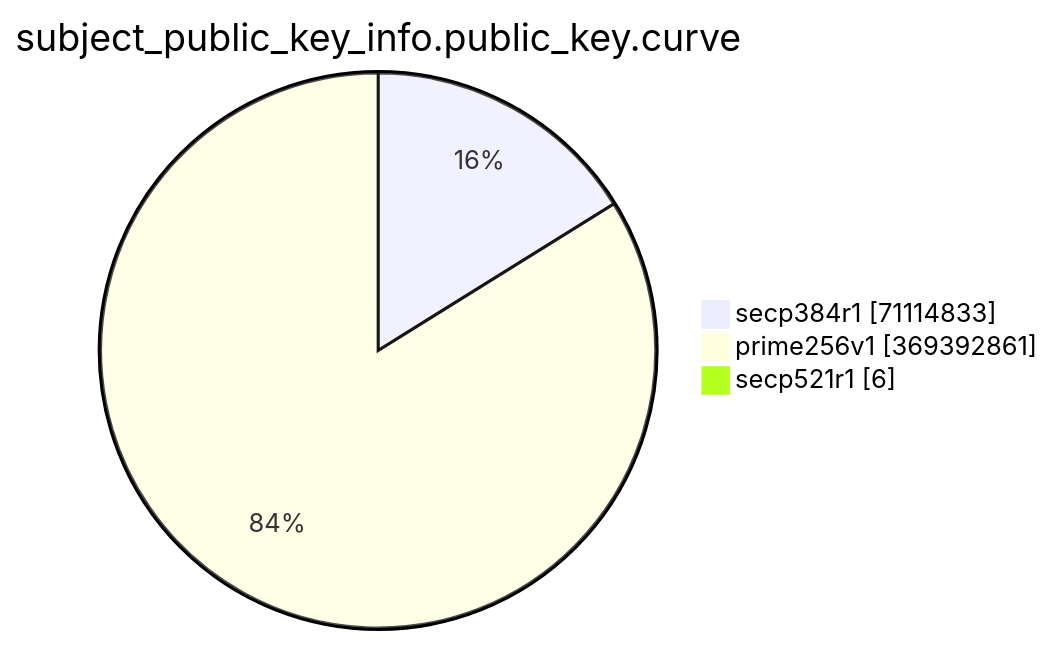
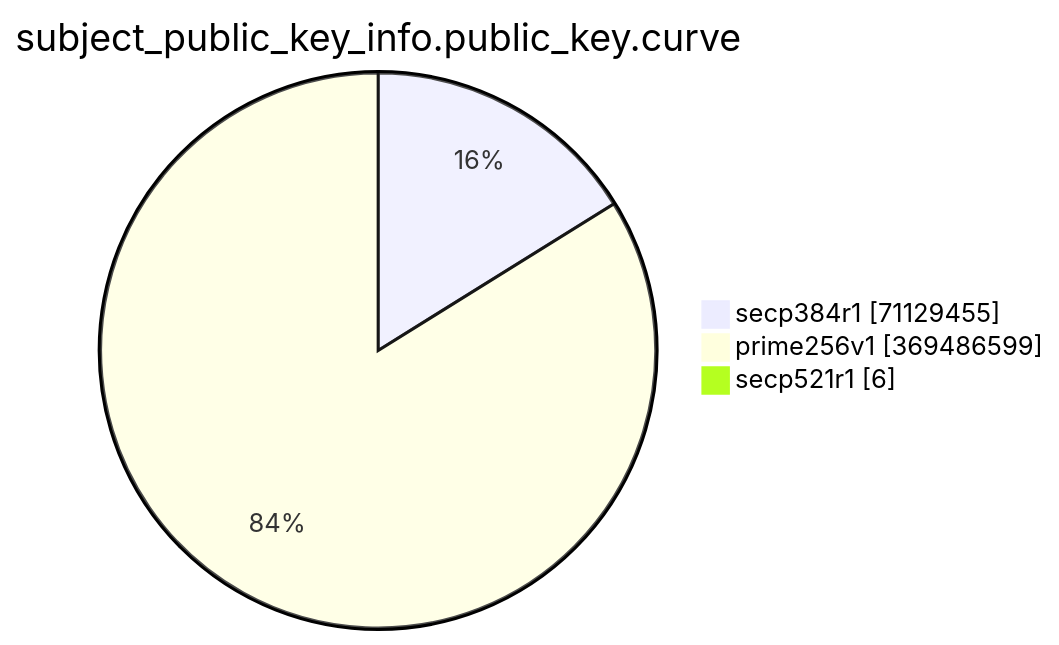
Before and after one commit to christiankrug/ctmonitor_visualization: the eighth of 15 diagrams in TOTAL/README.md, drawn with Mermaid. The commit also changed other lines of this file, not shown here.

````diff
--- a/TOTAL/README.md
+++ b/TOTAL/README.md
@@ -3094,7 +3094,7 @@
 ```mermaid
 pie showData
 title subject_public_key_info.public_key.curve
-"secp384r1" :71114833
-"prime256v1" :369392861
+"secp384r1" :71129455
+"prime256v1" :369486599
 "secp521r1" :6
 ```
````
